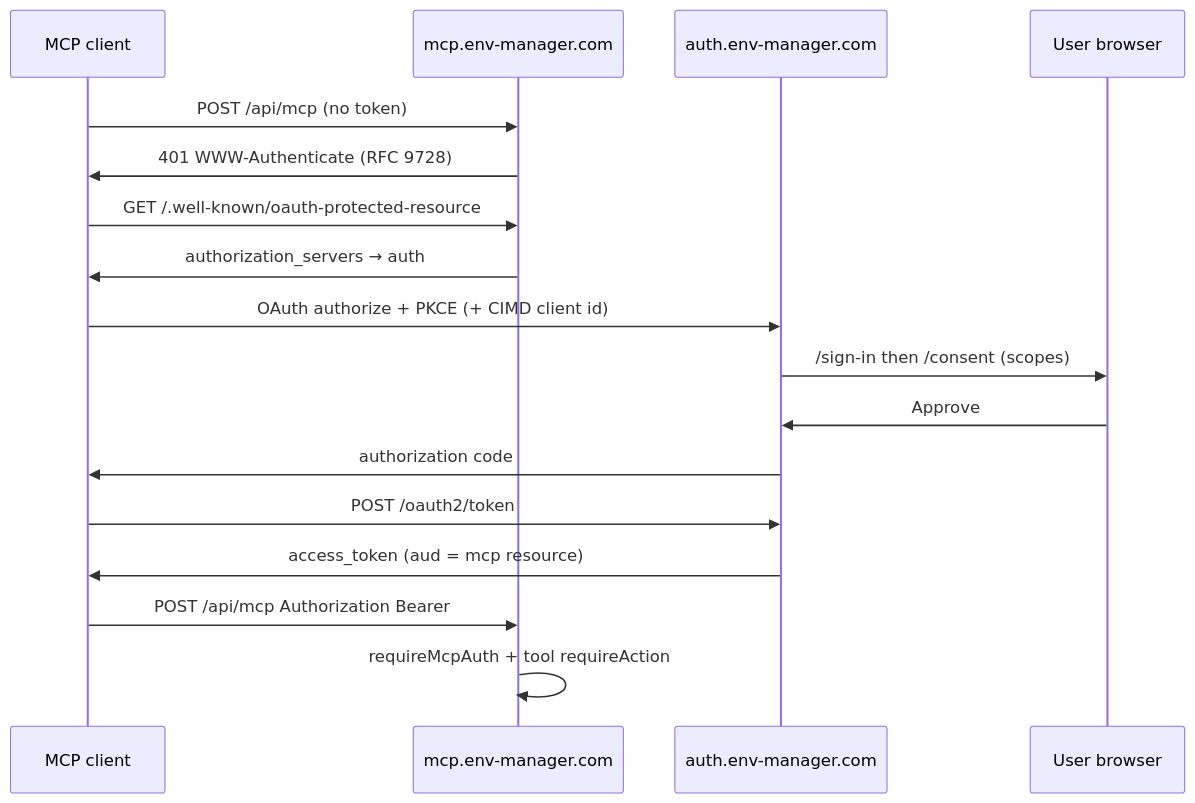
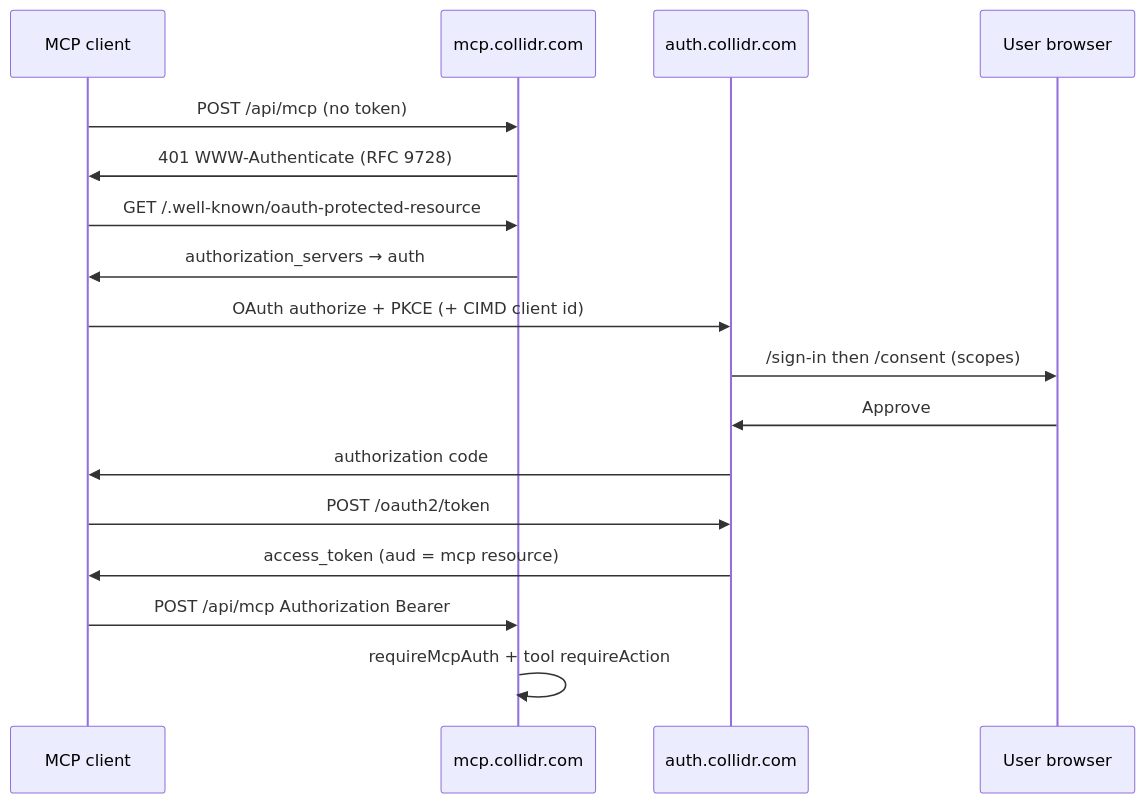
One commit to jayantrohila57/collidr changed the third of 3 diagrams in docs/PLAN_PLATFORM_APPS.md. Above: the diagram before and after it, drawn with Mermaid. The commit also changed other lines of this file and 564 other files, not shown here.

First line of the commit message:
Rebrand monorepo from env-manager to Collidr

````diff
--- a/docs/PLAN_PLATFORM_APPS.md
+++ b/docs/PLAN_PLATFORM_APPS.md
@@ -293,20 +293,20 @@
 ```mermaid
 sequenceDiagram
   participant C as MCP client
-  participant M as mcp.env-manager.com
-  participant A as auth.env-manager.com
+  participant M as mcp.collidr.com
+  participant A as auth.collidr.com
   participant U as User browser
 
   C->>M: POST /api/mcp (no token)
   M->>C: 401 WWW-Authenticate (RFC 9728)
   C->>M: GET /.well-known/oauth-protected-resource
   M->>C: authorization_servers → auth
   C->>A: OAuth authorize + PKCE (+ CIMD client id)
   A->>U: /sign-in then /consent (scopes)
   U->>A: Approve
   A->>C: authorization code
   C->>A: POST /oauth2/token
   A->>C: access_token (aud = mcp resource)
   C->>M: POST /api/mcp Authorization Bearer
   M->>M: requireMcpAuth + tool requireAction
 ```
````
